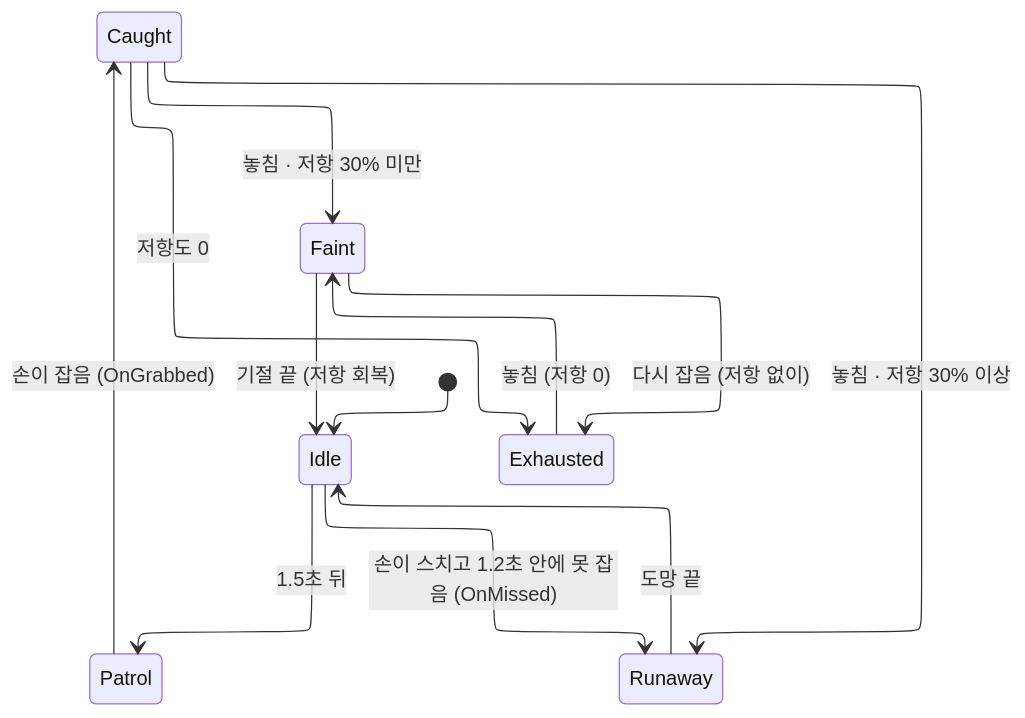
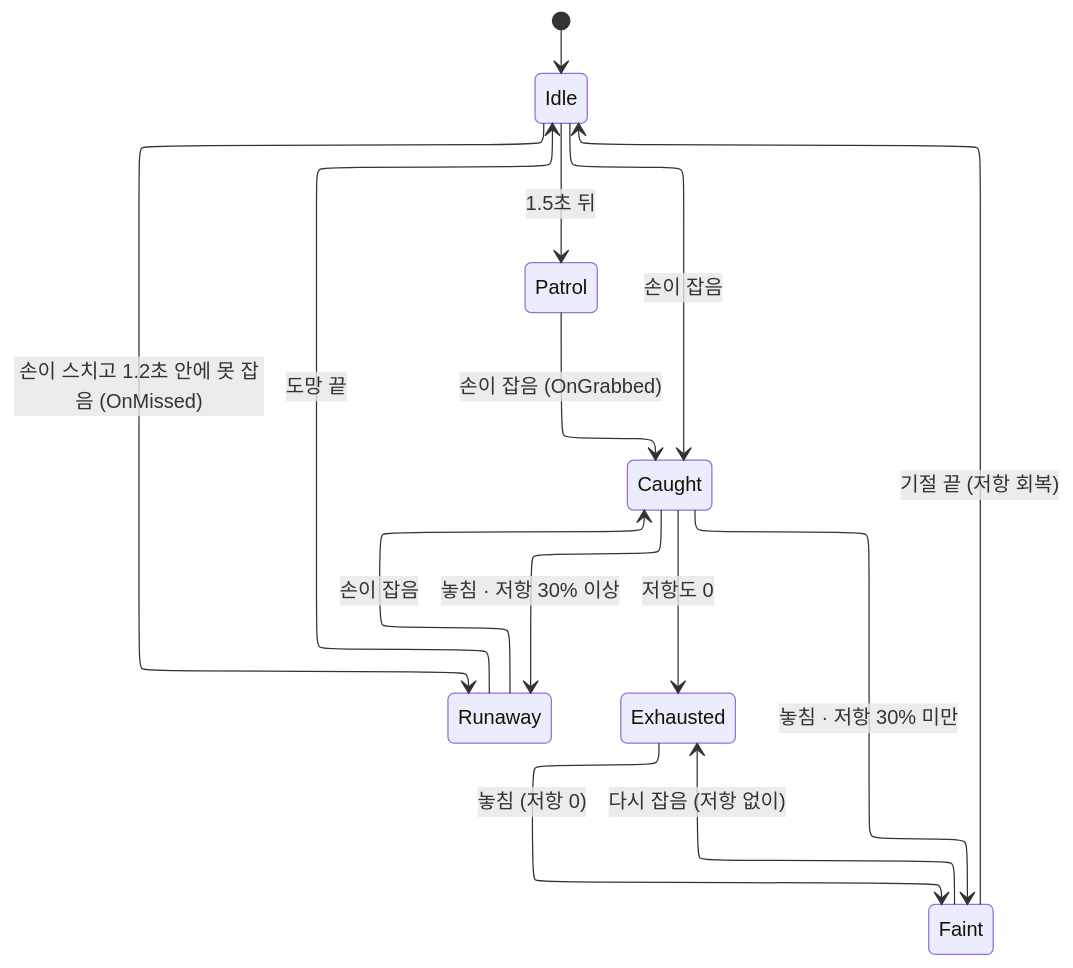
One commit to pinkshield/portfolio changed the third of 5 diagrams in src/2-teamproject-hs/기술문서.md. Above: the diagram before and after it, drawn with Mermaid. The commit also changed other lines of this file and 3 other files, not shown here.

````diff
--- a/src/2-teamproject-hs/기술문서.md
+++ b/src/2-teamproject-hs/기술문서.md
@@ -285,15 +292,17 @@
 ```mermaid
 %%{init: {"layout": "elk"}}%%
 stateDiagram-v2
     [*] --> Idle
     Idle --> Patrol : 1.5초 뒤
     Patrol --> Caught : 손이 잡음 (OnGrabbed)
+    Idle --> Caught : 손이 잡음
+    Runaway --> Caught : 손이 잡음
     Idle --> Runaway : 손이 스치고 1.2초 안에 못 잡음 (OnMissed)
     Caught --> Exhausted : 저항도 0
     Caught --> Faint : 놓침 · 저항 30% 미만
     Caught --> Runaway : 놓침 · 저항 30% 이상
     Exhausted --> Faint : 놓침 (저항 0)
     Faint --> Exhausted : 다시 잡음 (저항 없이)
     Faint --> Idle : 기절 끝 (저항 회복)
     Runaway --> Idle : 도망 끝
 ```
````
